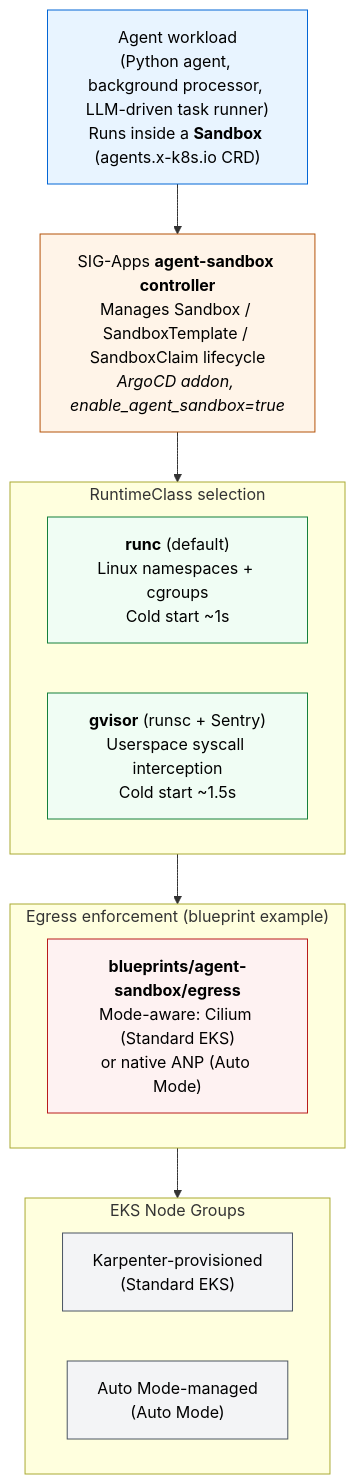
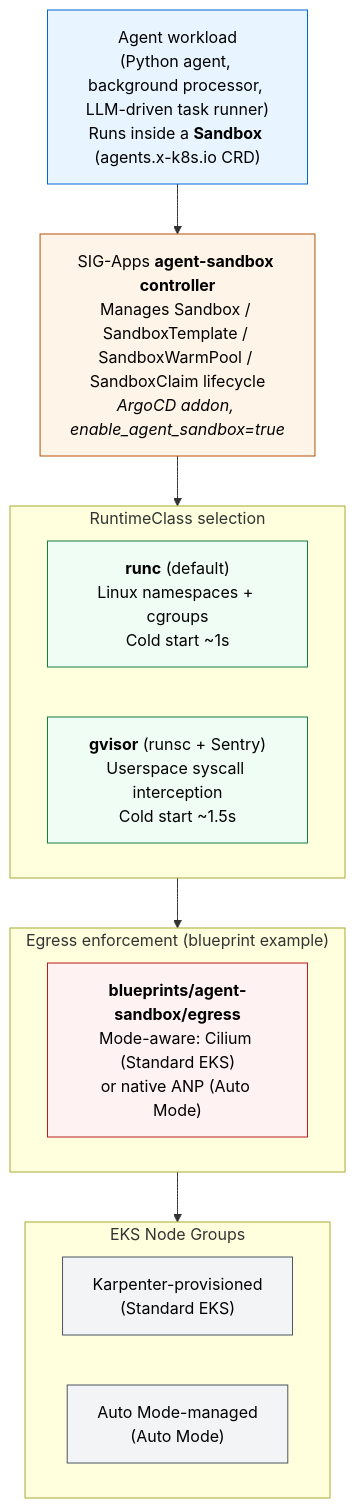
Before and after one commit to awslabs/ai-on-eks: the diagram in infra/agent-sandbox/README.md, drawn with Mermaid. The commit also changed other lines of this file and 14 other files, not shown here.

First line of the commit message:
feat(agent-sandbox): migrate to agent-sandbox v1.0 (v1beta1 API)

````diff
--- a/infra/agent-sandbox/README.md
+++ b/infra/agent-sandbox/README.md
@@ -35,34 +35,34 @@
 ```mermaid
 flowchart TB
     classDef workload fill:#e8f4ff,stroke:#0366d6,color:#000
     classDef controller fill:#fff4e8,stroke:#b45309,color:#000
     classDef runtime fill:#f0fdf4,stroke:#15803d,color:#000
     classDef egress fill:#fef2f2,stroke:#b91c1c,color:#000
     classDef node fill:#f3f4f6,stroke:#4b5563,color:#000
 
     A["Agent workload<br/>(Python agent, background processor, LLM-driven task runner)<br/>Runs inside a <b>Sandbox</b> (agents.x-k8s.io CRD)"]:::workload
 
-    B["SIG-Apps <b>agent-sandbox controller</b><br/>Manages Sandbox / SandboxTemplate / SandboxClaim lifecycle<br/><i>ArgoCD addon, enable_agent_sandbox=true</i>"]:::controller
+    B["SIG-Apps <b>agent-sandbox controller</b><br/>Manages Sandbox / SandboxTemplate / SandboxWarmPool / SandboxClaim lifecycle<br/><i>ArgoCD addon, enable_agent_sandbox=true</i>"]:::controller
 
     subgraph C["RuntimeClass selection"]
         direction LR
         C1["<b>runc</b> (default)<br/>Linux namespaces + cgroups<br/>Cold start ~1s"]:::runtime
         C2["<b>gvisor</b> (runsc + Sentry)<br/>Userspace syscall interception<br/>Cold start ~1.5s"]:::runtime
     end
 
     subgraph D["Egress enforcement (blueprint example)"]
         direction LR
         D1["<b>blueprints/agent-sandbox/egress</b><br/>Mode-aware: Cilium (Standard EKS)<br/>or native ANP (Auto Mode)"]:::egress
     end
 
     subgraph E["EKS Node Groups"]
         direction LR
         E1["Karpenter-provisioned<br/>(Standard EKS)"]:::node
         E2["Auto Mode-managed<br/>(Auto Mode)"]:::node
     end
 
     A --> B
     B --> C
     C --> D
     D --> E
 ```
````
